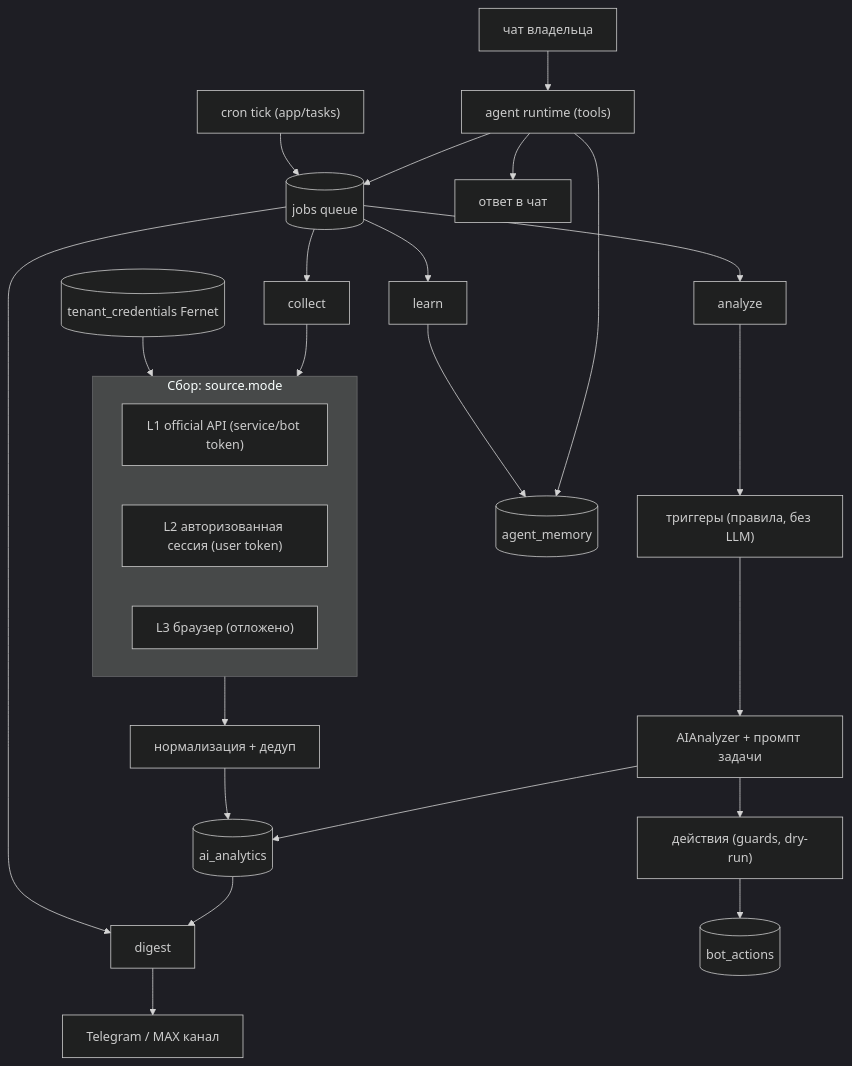
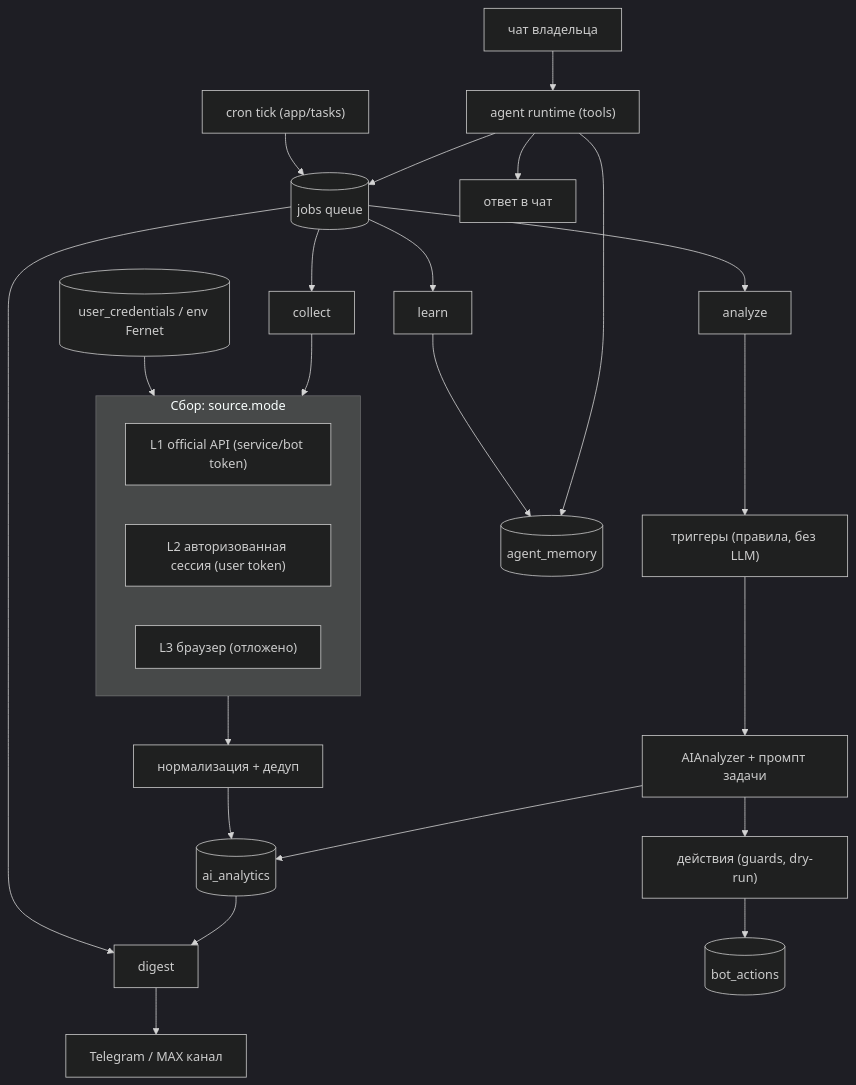
The diagram in docs/design/vision.md (Starck43/social-media-ai), drawn with Mermaid (dark theme) before and after one commit. The commit also changed other lines of this file and 15 other files, not shown here.

````diff
--- a/docs/design/vision.md
+++ b/docs/design/vision.md
@@ -38,26 +38,26 @@
 ```mermaid
 flowchart TB
     CRON["cron tick (app/tasks)"] --> JOBS[("jobs queue")]
     JOBS --> J1["collect"]
     JOBS --> J2["analyze"]
     JOBS --> J3["digest"]
     JOBS --> J4["learn"]
 
     subgraph COLLECT["Сбор: source.mode"]
         L1["L1 official API (service/bot token)"]
         L2["L2 авторизованная сессия (user token)"]
         L3["L3 браузер (отложено)"]
     end
-    CREDS[("tenant_credentials Fernet")] --> COLLECT
+    CREDS[("user_credentials / env Fernet")] --> COLLECT
     J1 --> COLLECT --> NORM["нормализация + дедуп"] --> AN[("ai_analytics")]
 
     J2 --> TRIG["триггеры (правила, без LLM)"] --> ANA["AIAnalyzer + промпт задачи"] --> AN
     ANA --> ACT["действия (guards, dry-run)"] --> LEDGER[("bot_actions")]
 
     AN --> J3 --> CH["Telegram / MAX канал"]
     J4 --> MEM[("agent_memory")]
 
     CHAT["чат владельца"] --> AGENT["agent runtime (tools)"] --> JOBS
     AGENT --> STAT["ответ в чат"]
     AGENT --> MEM
 ```
````
